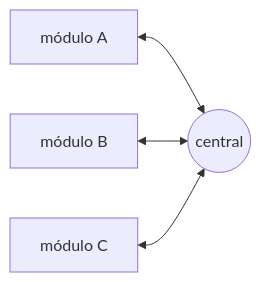
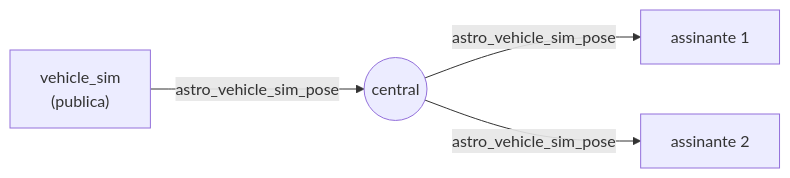
The diagram in README.md (BrenoCSilva/lume), drawn with Mermaid before and after one commit. The commit also changed other lines of this file, not shown here.

````diff
--- a/README.md
+++ b/README.md
@@ -9,6 +11,6 @@
 ```mermaid
 flowchart LR
-    A["módulo A"] <--> C(("central"))
-    B["módulo B"] <--> C
-    D["módulo C"] <--> C
+    P["vehicle_sim<br/>(publica)"] -- "astro_vehicle_sim_pose" --> C(("central"))
+    C -- "astro_vehicle_sim_pose" --> S1["assinante 1"]
+    C -- "astro_vehicle_sim_pose" --> S2["assinante 2"]
 ```
````
